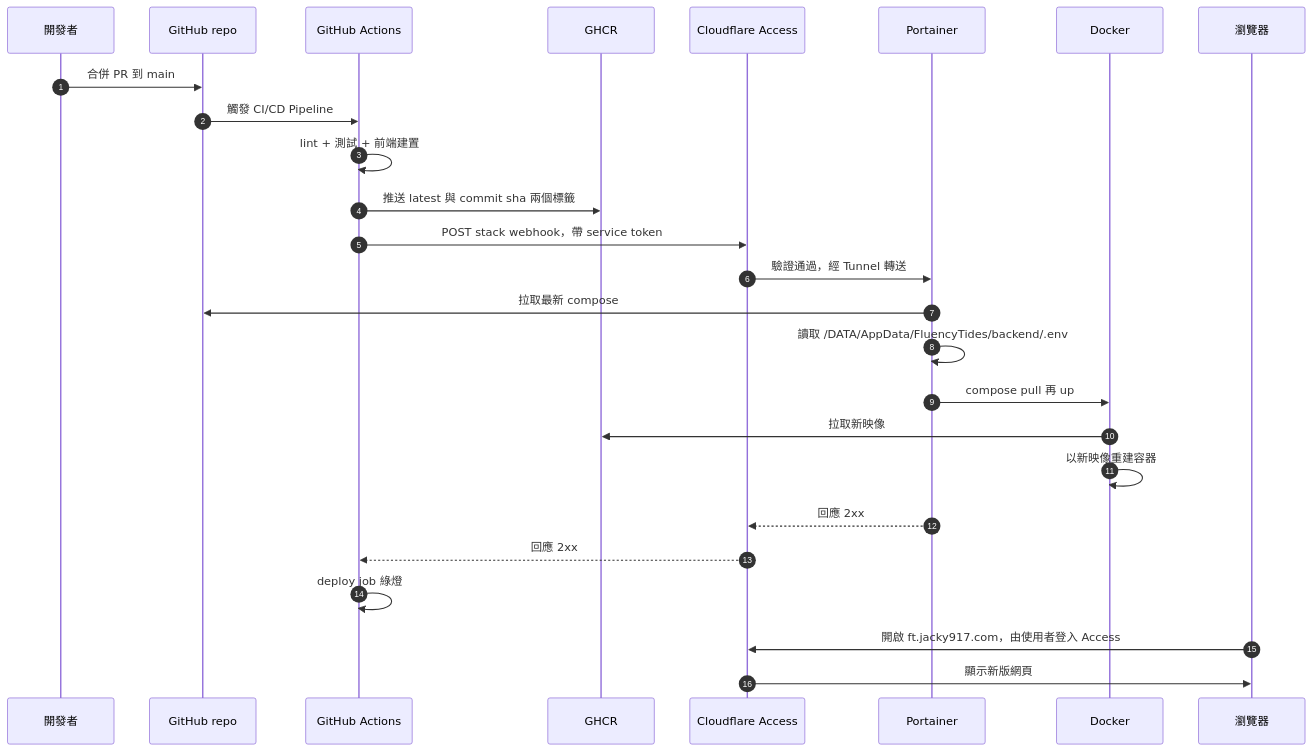
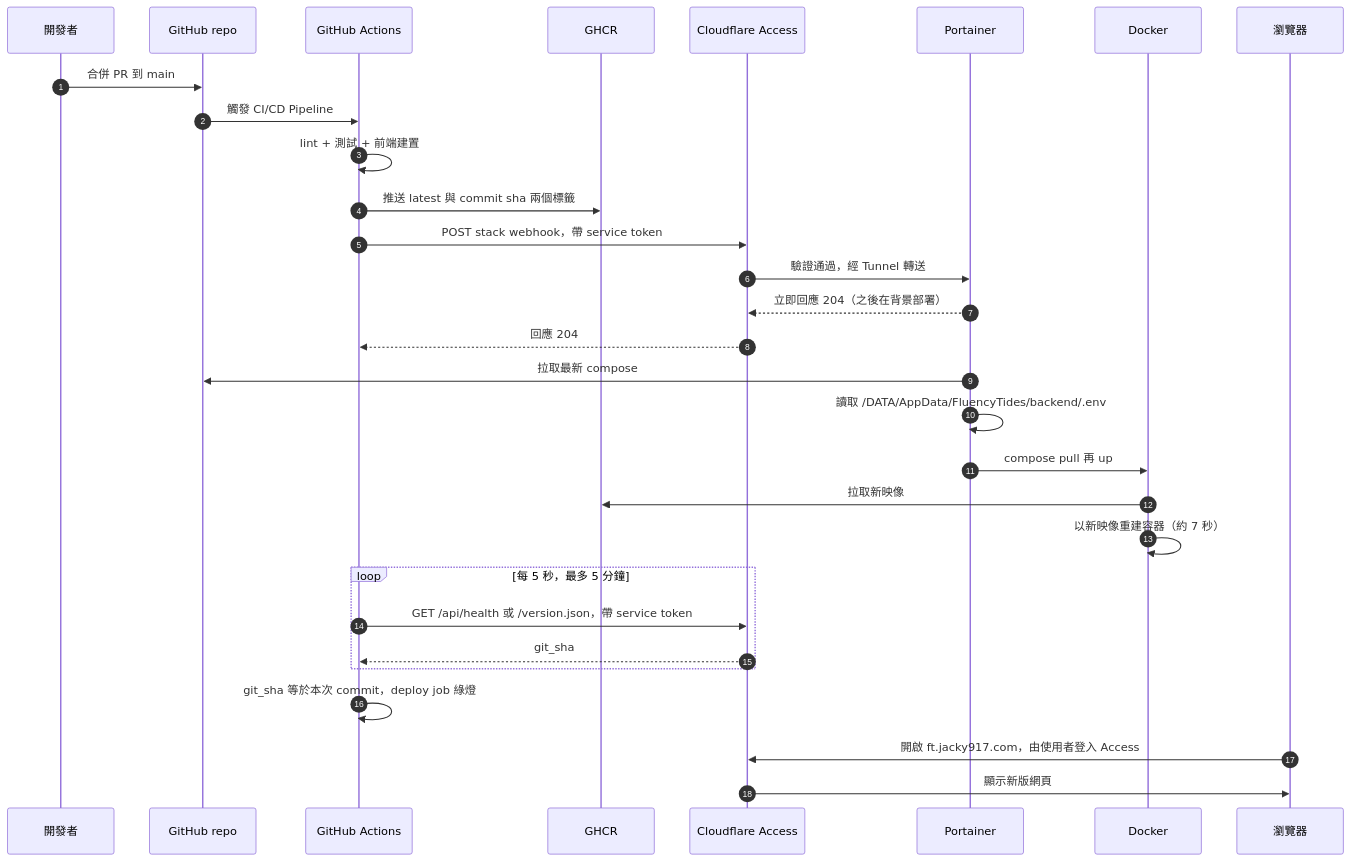
One commit to jacky917/FluencyTides changed the fourth of 5 diagrams in docs/wip/portainer_gitops_deploy_FEAT_2026-10-20.md. Above: the diagram before and after it, drawn with Mermaid. The commit also changed other lines of this file and 7 other files, not shown here.

First line of the commit message:
feat: deploy job 輪詢版本端點，確認新映像真的上線才轉綠

````diff
--- a/docs/wip/portainer_gitops_deploy_FEAT_2026-10-20.md
+++ b/docs/wip/portainer_gitops_deploy_FEAT_2026-10-20.md
@@ -253,29 +255,33 @@
 ```mermaid
 sequenceDiagram
     autonumber
     participant Dev as 開發者
     participant GH as GitHub repo
     participant GA as GitHub Actions
     participant GHCR as GHCR
     participant CF as Cloudflare Access
     participant PT as Portainer
     participant DK as Docker
     participant U as 瀏覽器
 
     Dev->>GH: 合併 PR 到 main
     GH->>GA: 觸發 CI/CD Pipeline
     GA->>GA: lint + 測試 + 前端建置
     GA->>GHCR: 推送 latest 與 commit sha 兩個標籤
     GA->>CF: POST stack webhook，帶 service token
     CF->>PT: 驗證通過，經 Tunnel 轉送
+    PT-->>CF: 立即回應 204（之後在背景部署）
+    CF-->>GA: 回應 204
     PT->>GH: 拉取最新 compose
     PT->>PT: 讀取 /DATA/AppData/FluencyTides/backend/.env
     PT->>DK: compose pull 再 up
     DK->>GHCR: 拉取新映像
-    DK->>DK: 以新映像重建容器
-    PT-->>CF: 回應 2xx
-    CF-->>GA: 回應 2xx
-    GA->>GA: deploy job 綠燈
+    DK->>DK: 以新映像重建容器（約 7 秒）
+    loop 每 5 秒，最多 5 分鐘
+        GA->>CF: GET /api/health 或 /version.json，帶 service token
+        CF-->>GA: git_sha
+    end
+    GA->>GA: git_sha 等於本次 commit，deploy job 綠燈
     U->>CF: 開啟 ft.jacky917.com，由使用者登入 Access
     CF->>U: 顯示新版網頁
 ```
````
